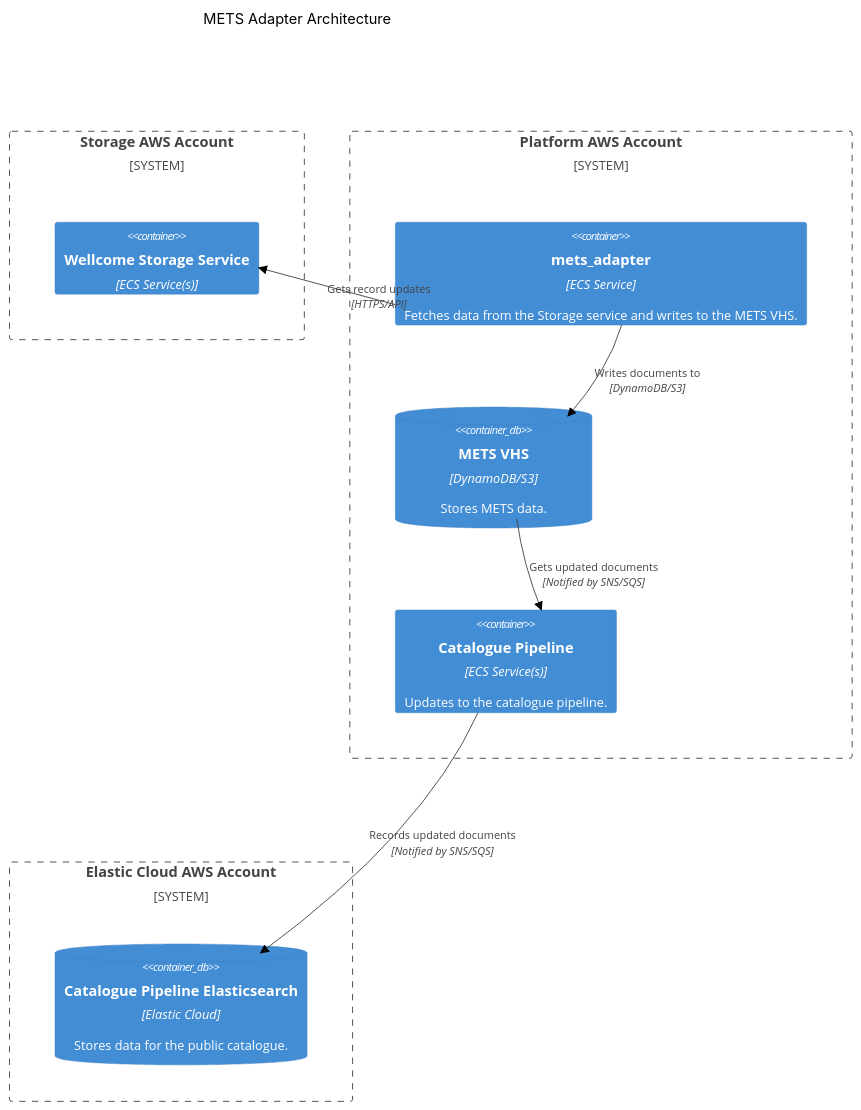
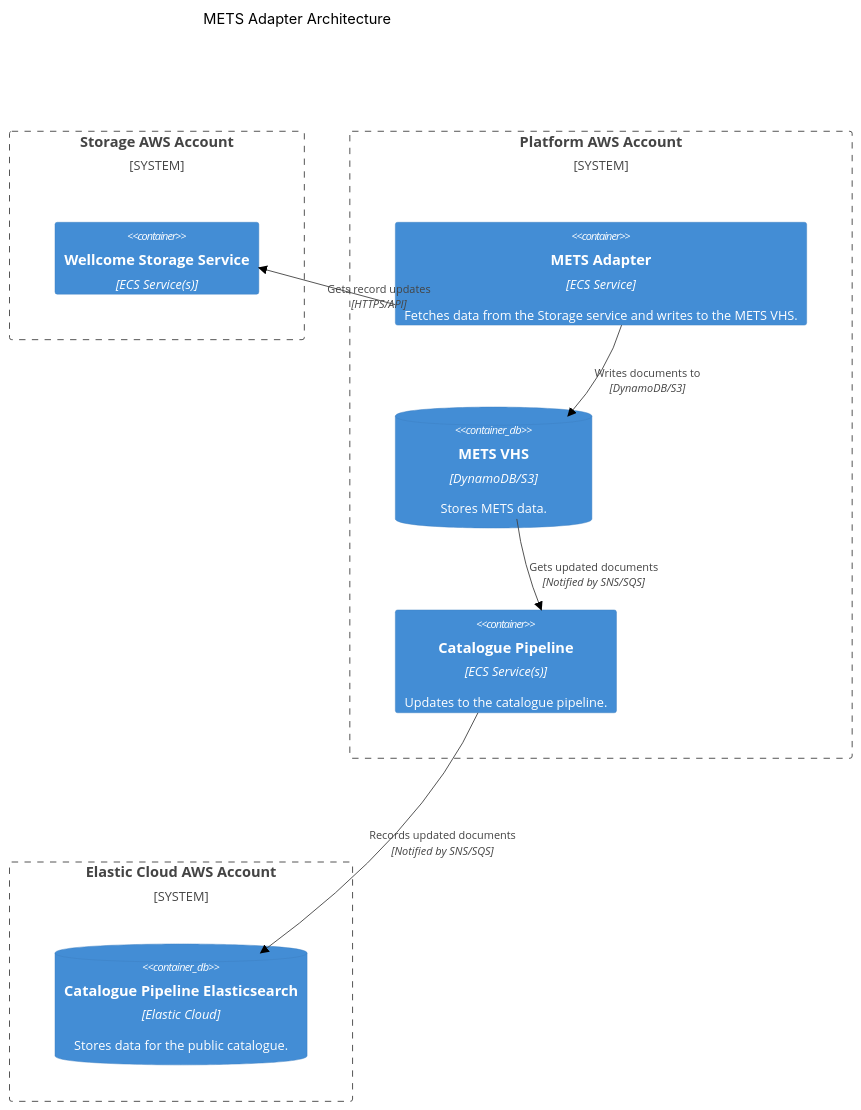
The diagram in architecture/services/catalogue_pipeline/mets_adapter.md (wellcomecollection/docs), drawn with Mermaid (forest theme) before and after one commit. The commit also changed 4 other files, not shown here.

````diff
--- a/architecture/services/catalogue_pipeline/mets_adapter.md
+++ b/architecture/services/catalogue_pipeline/mets_adapter.md
@@ -9,25 +9,25 @@
 ```mermaid
 C4Container
     title METS Adapter Architecture
 
     System_Boundary(storage_account, "Storage AWS Account") {
         Container(storage_service, "Wellcome Storage Service", "ECS Service(s)")
     }
 
     System_Boundary(platform_account, "Platform AWS Account") {
-        Container(mets_adapter, "mets_adapter", "ECS Service", "Fetches data from the Storage service and writes to the METS VHS.")
+        Container(mets_adapter, "METS Adapter", "ECS Service", "Fetches data from the Storage service and writes to the METS VHS.")
         ContainerDb(mets_vhs, "METS VHS", "DynamoDB/S3", "Stores METS data.")
         Container(catalogue_pipeline, "Catalogue Pipeline", "ECS Service(s)", "Updates to the catalogue pipeline.")
     }
 
     System_Boundary(elastic_Cloud, "Elastic Cloud AWS Account") {
         ContainerDb(catalogue_elastic, "Catalogue Pipeline Elasticsearch", "Elastic Cloud", "Stores data for the public catalogue.")
     }
 
     Rel(mets_adapter, storage_service, "Gets record updates", "HTTPS/API")
     Rel(mets_adapter, mets_vhs, "Writes documents to", "DynamoDB/S3")
     Rel(mets_vhs, catalogue_pipeline, "Gets updated documents", "Notified by SNS/SQS")
     Rel(catalogue_pipeline, catalogue_elastic, "Records updated documents", "Notified by SNS/SQS")
 
     UpdateLayoutConfig($c4ShapeInRow="3", $c4BoundaryInRow="2")
 ```
````
